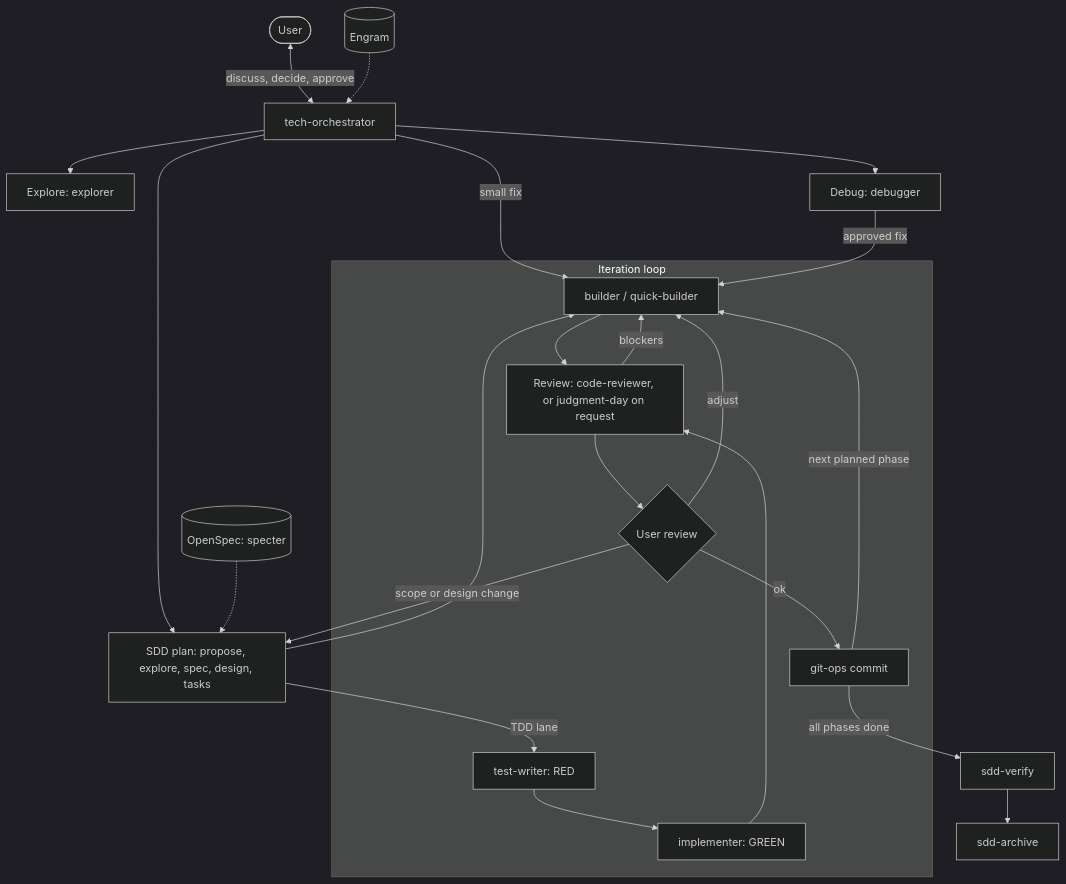
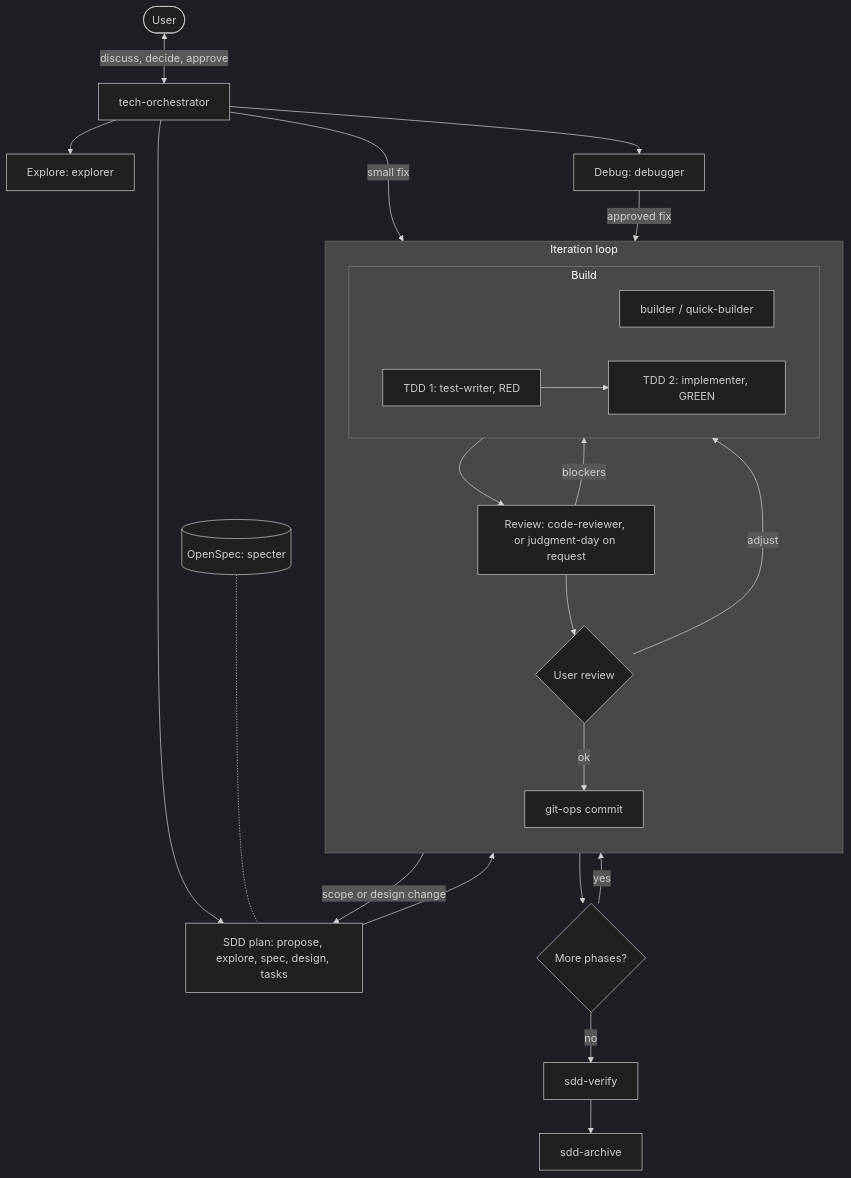
The diagram in README.md (Andr3xDev/nuytek-harness), drawn with Mermaid (dark theme) before and after one commit.

Commit message:
docs(readme): simplify workflow diagram and add engram note

````diff
--- a/README.md
+++ b/README.md
@@ -23,30 +23,30 @@
 ```mermaid
 flowchart TD
     U([User]) <-->|discuss, decide, approve| O[tech-orchestrator]
     O --> EX["Explore: explorer"]
     O --> DB["Debug: debugger"]
     O --> SDD["SDD plan: propose, explore, spec, design, tasks"]
-    O -->|small fix| BLD
-    DB -->|approved fix| BLD
+    SPEC[("OpenSpec: specter")] -.- SDD
+    O -->|small fix| BUILD
+    DB -->|approved fix| BUILD
+    SDD --> BUILD
 
     subgraph LOOP[Iteration loop]
-        BLD[builder / quick-builder]
-        RED["test-writer: RED"] --> GREEN["implementer: GREEN"]
-        BLD --> REV
-        GREEN --> REV
-        REV["Review: code-reviewer, or judgment-day on request"] -->|blockers| BLD
+        direction TD
+        subgraph BUILD[Build]
+            BLD[builder / quick-builder]
+            RED["TDD 1: test-writer, RED"] --> GREEN["TDD 2: implementer, GREEN"]
+        end
+        BUILD --> REV["Review: code-reviewer, or judgment-day on request"]
+        REV -->|blockers| BUILD
         REV --> CHK{User review}
-        CHK -->|adjust| BLD
+        CHK -->|adjust| BUILD
         CHK -->|ok| GIT[git-ops commit]
     end
 
-    SDD --> BLD
-    SDD -->|TDD lane| RED
     CHK -->|scope or design change| SDD
-    GIT -->|next planned phase| BLD
-    GIT -->|all phases done| VER[sdd-verify]
+    GIT --> NEXT{More phases?}
+    NEXT -->|yes| BUILD
+    NEXT -->|no| VER[sdd-verify]
     VER --> ARC[sdd-archive]
-
-    MEM[(Engram)] -.-> O
-    SPEC[("OpenSpec: specter")] -.-> SDD
 ```
````
